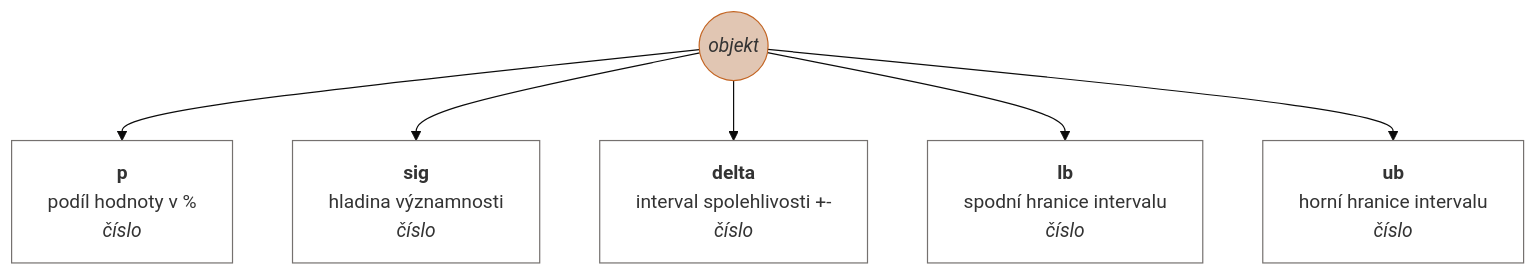
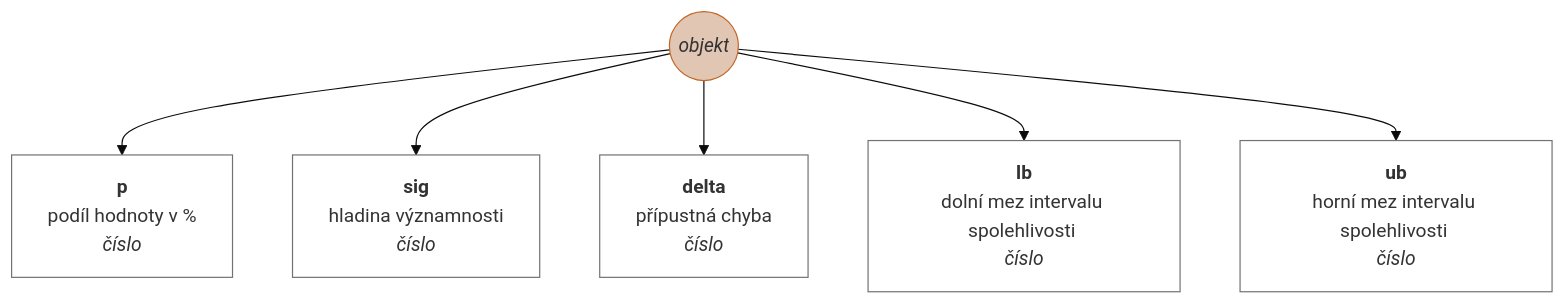
Before and after one commit to muzikp/retusa: diagram 21 of 24 in docs/cs-CZ/vector.md, drawn with Mermaid (base theme). The commit also changed other lines of this file and 11 other files, not shown here.

````diff
--- a/docs/cs-CZ/vector.md
+++ b/docs/cs-CZ/vector.md
@@ -671,22 +671,22 @@
 ```mermaid
 graph TD
 pci((<i>objekt</i>))
 style pci fill:#E1C6B3;
 style pci stroke:#C36422;
 pci --> p[<b>p</b><br>podíl hodnoty v % <br><i>číslo</i>]
 style p fill:#FFFFFF;
 style p stroke:#75716F;
 pci --> sig[<b>sig</b><br>hladina významnosti <br><i>číslo</i>]
 style sig fill:#FFFFFF;
 style sig stroke:#75716F;
-pci --> delta[<b>delta</b><br>interval spolehlivosti +- <br><i>číslo</i>]
+pci --> delta[<b>delta</b><br>přípustná chyba <br><i>číslo</i>]
 style delta fill:#FFFFFF;
 style delta stroke:#75716F;
-pci --> lb[<b>lb</b><br>spodní hranice intervalu <br><i>číslo</i>]
+pci --> lb[<b>lb</b><br>dolní mez intervalu spolehlivosti <br><i>číslo</i>]
 style lb fill:#FFFFFF;
 style lb stroke:#75716F;
-pci --> ub[<b>ub</b><br>horní hranice intervalu <br><i>číslo</i>]
+pci --> ub[<b>ub</b><br>horní mez intervalu spolehlivosti <br><i>číslo</i>]
 style ub fill:#FFFFFF;
 style ub stroke:#75716F;
 
 ```
````
